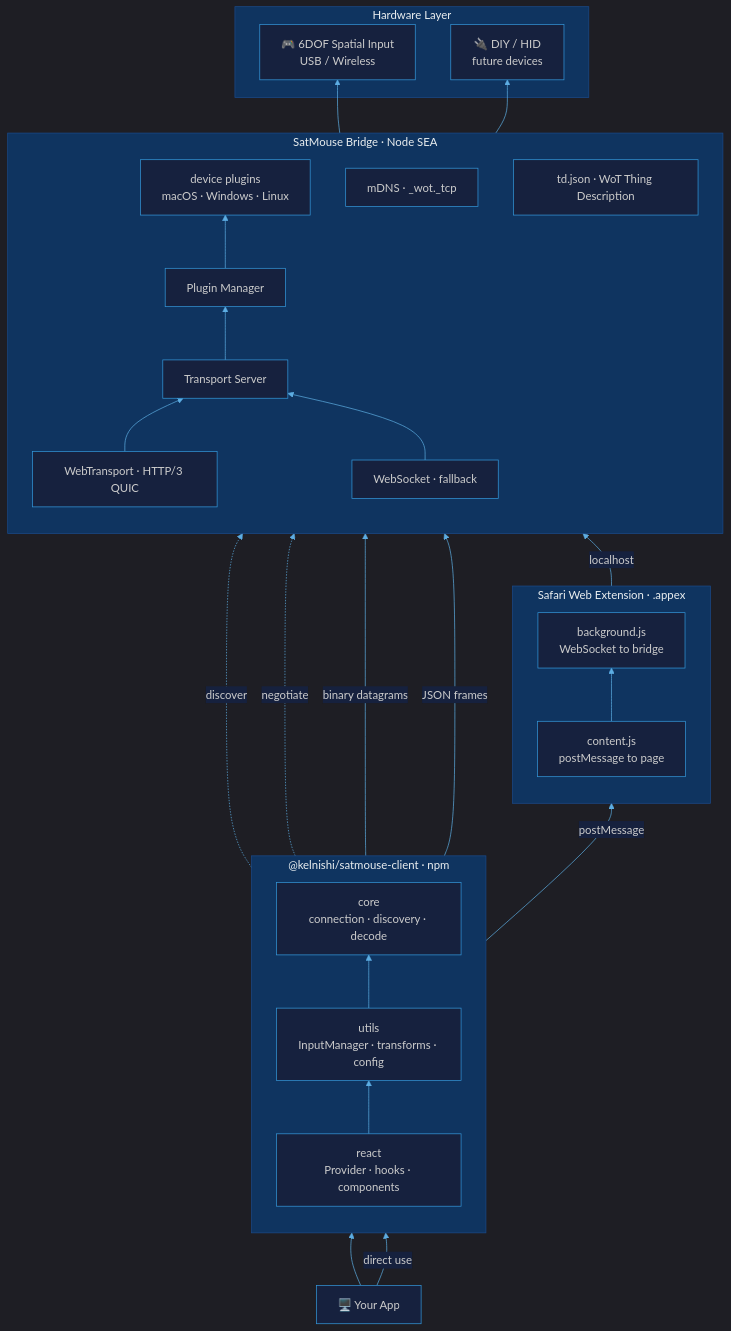
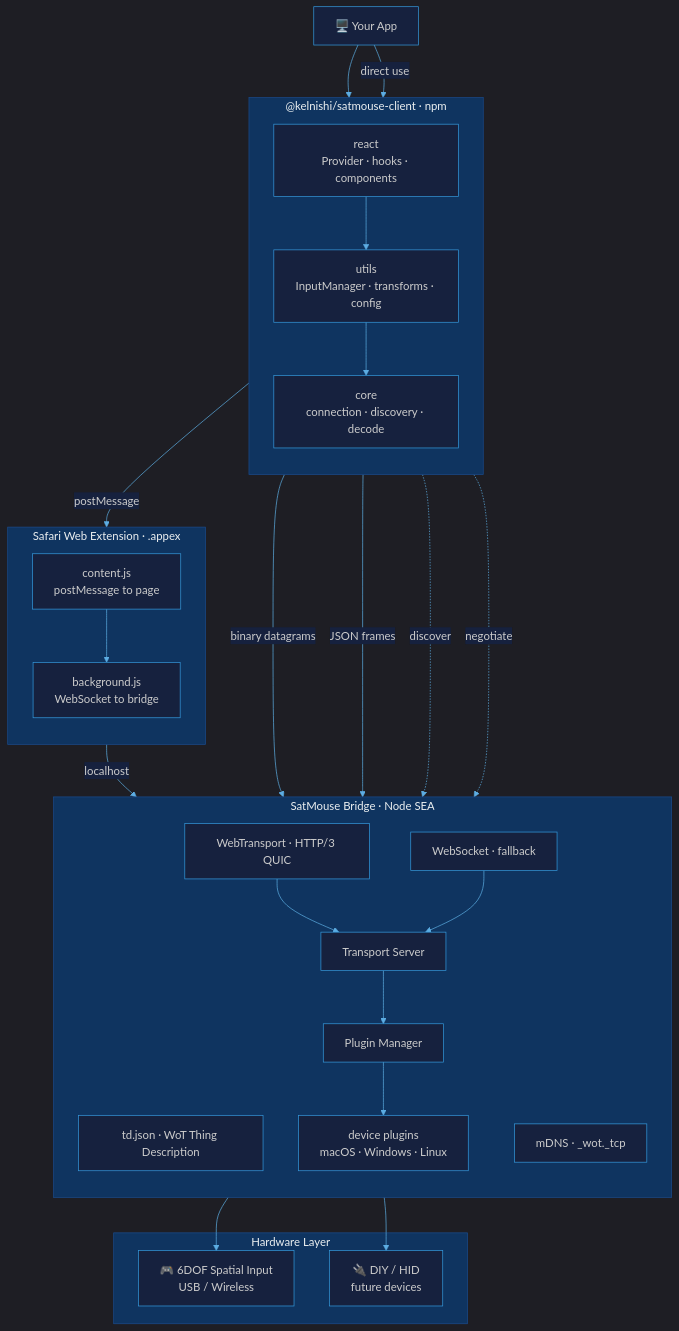
One commit to kelnishi/SatMouse changed the diagram in docs/architecture.mmd. Above: the diagram before and after it, drawn with Mermaid. The commit also changed 1 other file, not shown here.

Commit message:
Fix architecture diagram layout: app at top, hardware at bottom

```diff
--- a/docs/architecture.mmd
+++ b/docs/architecture.mmd
@@ -1,51 +1,51 @@
 %%{init: {'theme': 'dark', 'themeVariables': { 'primaryColor': '#2980b9', 'primaryTextColor': '#ecf0f1', 'primaryBorderColor': '#3498db', 'lineColor': '#5dade2', 'secondaryColor': '#16213e', 'tertiaryColor': '#0f3460', 'background': '#1a1a2e', 'mainBkg': '#16213e', 'nodeBorder': '#3498db', 'clusterBkg': '#0f3460', 'clusterBorder': '#1a4a8a', 'titleColor': '#ecf0f1', 'edgeLabelBackground': '#16213e' }}}%%
 
-graph BT
+graph TB
+  APP[🖥️ Your App]
+
+  subgraph client ["@kelnishi/satmouse-client · npm"]
+    direction TB
+    REACT["react<br/>Provider · hooks · components"]
+    UTILS["utils<br/>InputManager · transforms · config"]
+    CORE["core<br/>connection · discovery · decode"]
+  end
+
+  subgraph ext [Safari Web Extension · .appex]
+    direction TB
+    CS[content.js<br/>postMessage to page]
+    BG[background.js<br/>WebSocket to bridge]
+  end
+
+  subgraph bridge [SatMouse Bridge · Node SEA]
+    direction TB
+    TD[td.json · WoT Thing Description]
+    MD[mDNS · _wot._tcp]
+    WT[WebTransport · HTTP/3 QUIC]
+    WS[WebSocket · fallback]
+    TS[Transport Server]
+    PM[Plugin Manager]
+    SP[device plugins<br/>macOS · Windows · Linux]
+  end
+
   subgraph hw [Hardware Layer]
     SM[🎮 6DOF Spatial Input<br/>USB / Wireless]
     DIY[🔌 DIY / HID<br/>future devices]
   end
 
-  subgraph bridge [SatMouse Bridge · Node SEA]
-    direction BT
-    SP[device plugins<br/>macOS · Windows · Linux]
-    PM[Plugin Manager]
-    TS[Transport Server]
-    WT[WebTransport · HTTP/3 QUIC]
-    WS[WebSocket · fallback]
-    MD[mDNS · _wot._tcp]
-    TD[td.json · WoT Thing Description]
-  end
-
-  subgraph ext [Safari Web Extension · .appex]
-    direction BT
-    CS[content.js<br/>postMessage to page]
-    BG[background.js<br/>WebSocket to bridge]
-  end
-
-  subgraph client ["@kelnishi/satmouse-client · npm"]
-    direction BT
-    CORE["core<br/>connection · discovery · decode"]
-    UTILS["utils<br/>InputManager · transforms · config"]
-    REACT["react<br/>Provider · hooks · components"]
-  end
-
-  APP[🖥️ Your App]
-
-  SP --> SM
-  SP --> DIY
-  PM --> SP
-  TS --> PM
-  WT --> TS
-  WS --> TS
-  BG -->|localhost| WS
-  CS --> BG
+  APP --> REACT
+  APP -->|direct use| UTILS
+  REACT --> UTILS
+  UTILS --> CORE
+  CORE -->|binary datagrams| WT
+  CORE -->|JSON frames| WS
   CORE -->|postMessage| CS
   CORE -.->|discover| MD
   CORE -.->|negotiate| TD
-  CORE -->|binary datagrams| WT
-  CORE -->|JSON frames| WS
-  UTILS --> CORE
-  REACT --> UTILS
-  APP --> REACT
-  APP -->|direct use| UTILS
+  CS --> BG
+  BG -->|localhost| WS
+  WT --> TS
+  WS --> TS
+  TS --> PM
+  PM --> SP
+  SP --> SM
+  SP --> DIY
```
